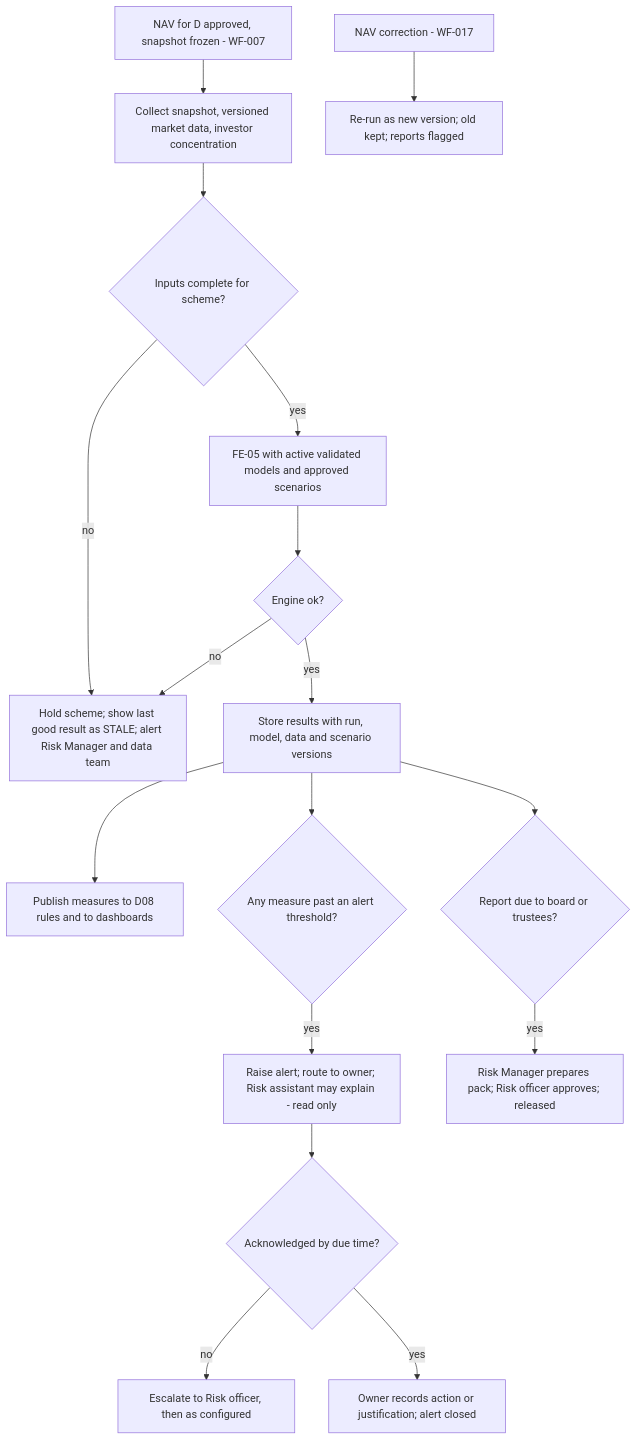
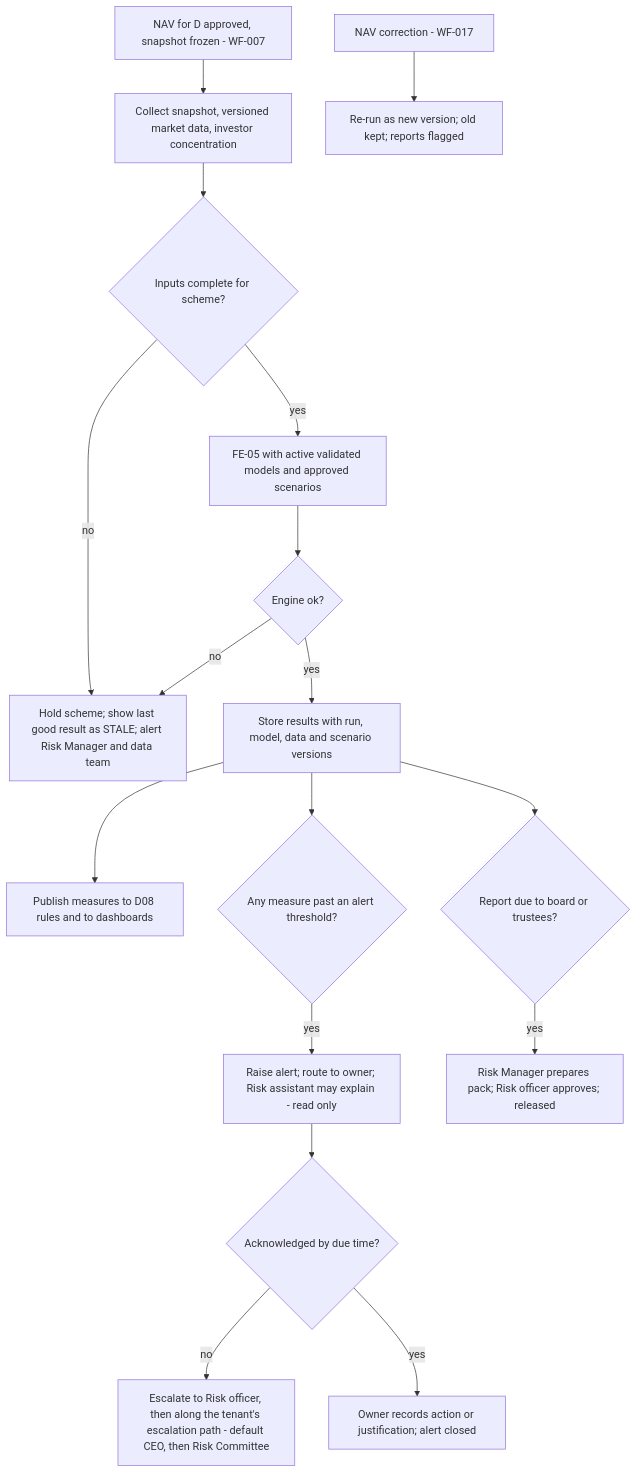
Before and after one commit to suchitdubey7/AMC-OS: the diagram in docs/03_product_requirements/PRD-009_risk_management.md, drawn with Mermaid. The commit also changed other lines of this file and 17 other files, not shown here.

````diff
--- a/docs/03_product_requirements/PRD-009_risk_management.md
+++ b/docs/03_product_requirements/PRD-009_risk_management.md
@@ -130,19 +130,19 @@
 ```mermaid
 flowchart TD
   A[NAV for D approved, snapshot frozen - WF-007] --> B[Collect snapshot, versioned market data, investor concentration]
   B --> C{Inputs complete for scheme?}
   C -- no --> S[Hold scheme; show last good result as STALE; alert Risk Manager and data team]
   C -- yes --> D[FE-05 with active validated models and approved scenarios]
   D --> E{Engine ok?}
   E -- no --> S
   E -- yes --> F[Store results with run, model, data and scenario versions]
   F --> G[Publish measures to D08 rules and to dashboards]
   F --> H{Any measure past an alert threshold?}
   H -- yes --> I[Raise alert; route to owner; Risk assistant may explain - read only]
   I --> J{Acknowledged by due time?}
-  J -- no --> K[Escalate to Risk officer, then as configured]
+  J -- no --> K[Escalate to Risk officer, then along the tenant's escalation path - default CEO, then Risk Committee]
   J -- yes --> L[Owner records action or justification; alert closed]
   F --> M{Report due to board or trustees?}
   M -- yes --> N[Risk Manager prepares pack; Risk officer approves; released]
   O[NAV correction - WF-017] --> P[Re-run as new version; old kept; reports flagged]
 ```
````
